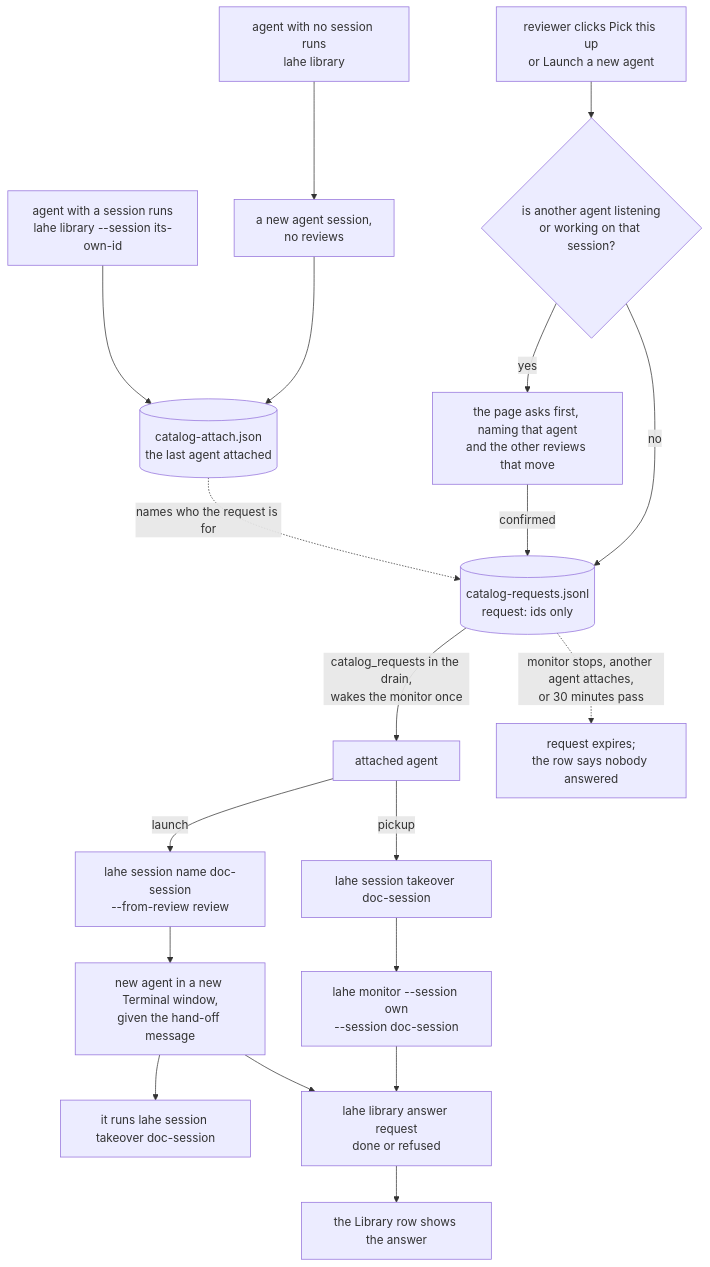
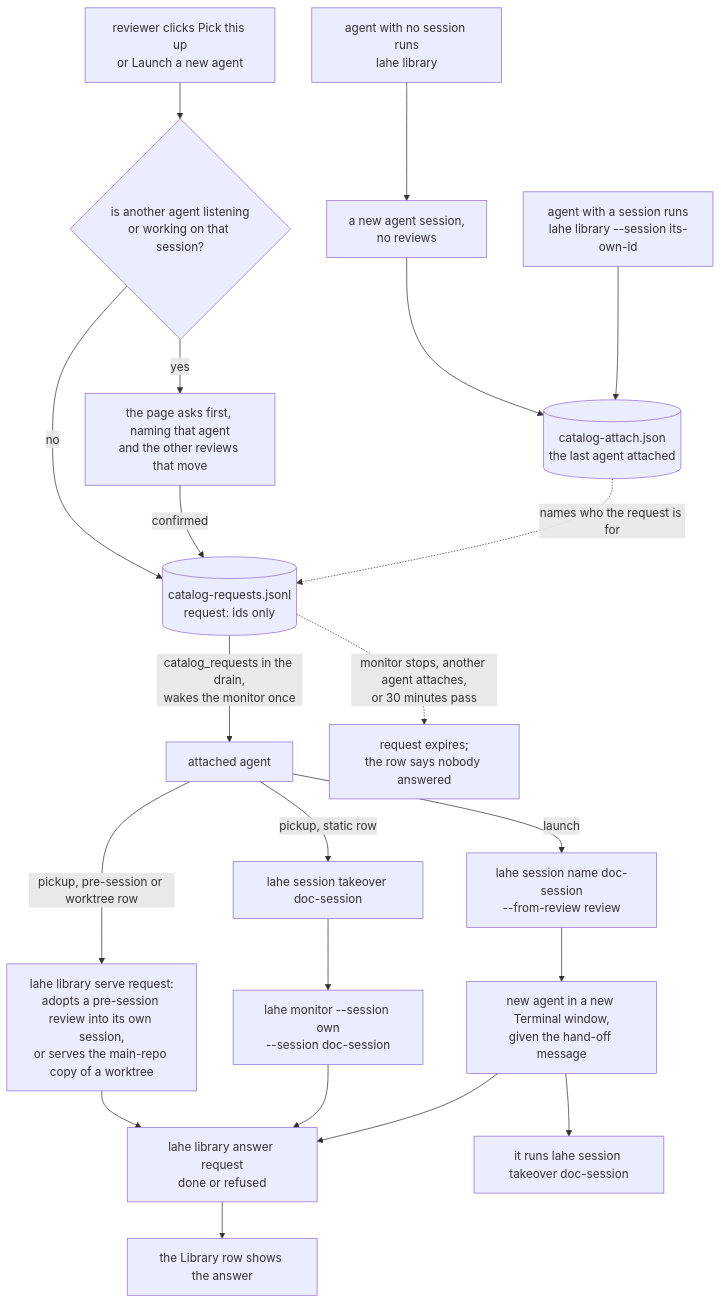
The second of 3 diagrams in docs/diagrams/session_ownership.md (kenxle/live-agentic-html-editor), drawn with Mermaid before and after one commit. The commit also changed other lines of this file and 3 other files, not shown here.

Commit message:
Library close-out docs: docs/ongoing/LIBRARY.md says how the Library works now for the next builder; session ownership docs and diagrams now name adoption of pre-session reviews, the serve path for legacy and worktree pick-ups, the library session's auto-close, and rename on the Library token.

````diff
--- a/docs/diagrams/session_ownership.md
+++ b/docs/diagrams/session_ownership.md
@@ -70,21 +73,23 @@
 ```mermaid
 flowchart TD
     Bare["agent with no session runs<br/>lahe library"] --> Mint["a new agent session,<br/>no reviews"]
     Mint --> AttachFile[("catalog-attach.json<br/>the last agent attached")]
     Attach["agent with a session runs<br/>lahe library --session its-own-id"] --> AttachFile
     Click["reviewer clicks Pick this up<br/>or Launch a new agent"] --> Watched{"is another agent listening<br/>or working on that session?"}
     Watched -->|"yes"| Confirm["the page asks first, naming that agent<br/>and the other reviews that move"]
     Watched -->|"no"| Queue
     Confirm -->|"confirmed"| Queue[("catalog-requests.jsonl<br/>request: ids only")]
     AttachFile -.->|"names who the request is for"| Queue
     Queue -->|"catalog_requests in the drain,<br/>wakes the monitor once"| Agent["attached agent"]
-    Agent -->|"pickup"| Take["lahe session takeover doc-session"]
+    Agent -->|"pickup, static row"| Take["lahe session takeover doc-session"]
+    Agent -->|"pickup, pre-session or worktree row"| Serve["lahe library serve request:<br/>adopts a pre-session review into its own session,<br/>or serves the main-repo copy of a worktree"]
+    Serve --> Answer
     Take --> Both["lahe monitor --session own<br/>--session doc-session"]
     Agent -->|"launch"| Name["lahe session name doc-session<br/>--from-review review"]
     Name --> NewAgent["new agent in a new Terminal window,<br/>given the hand-off message"]
     NewAgent --> Take2["it runs lahe session takeover doc-session"]
     Both --> Answer["lahe library answer request<br/>done or refused"]
     NewAgent --> Answer
     Answer --> Row["the Library row shows the answer"]
     Queue -.->|"monitor stops, another agent attaches,<br/>or 30 minutes pass"| Expired["request expires;<br/>the row says nobody answered"]
 ```
````
